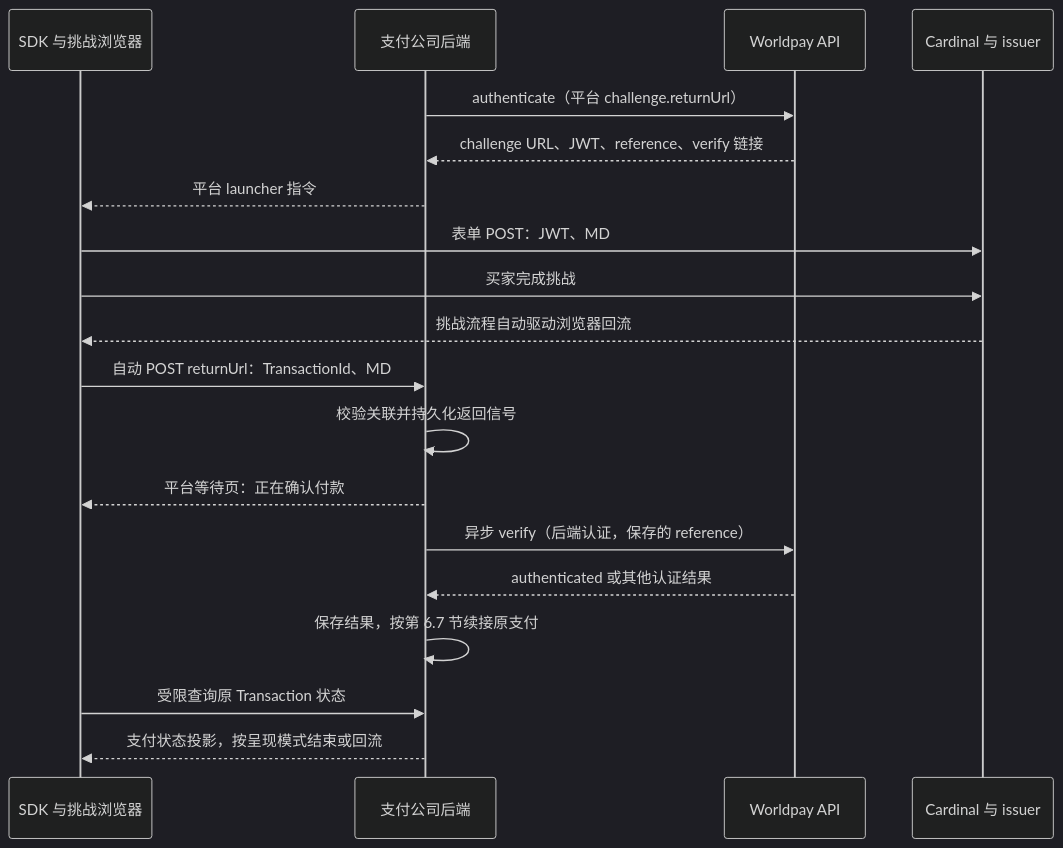
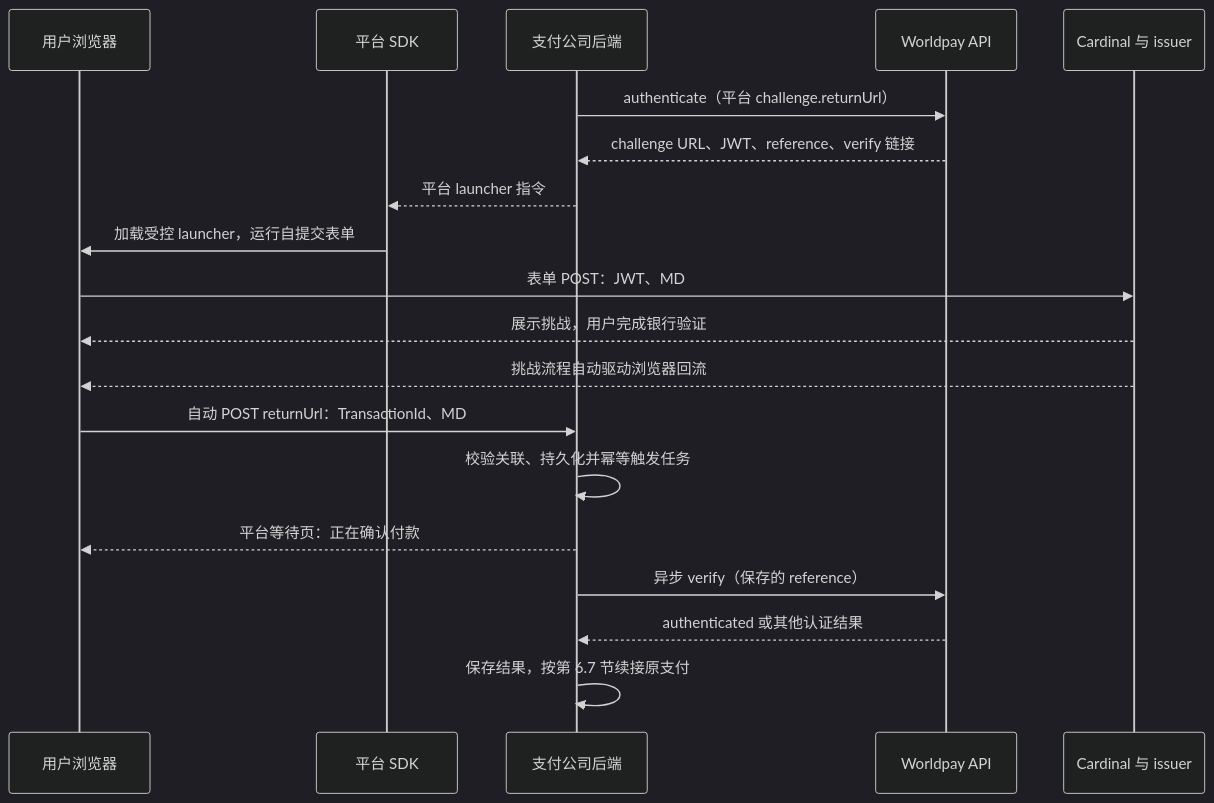
Before and after one commit to 1aboveio/wallet-architecture: the fourth of 6 diagrams in docs/payment-element-auth-integration-design.md, drawn with Mermaid (dark theme). The commit also changed other lines of this file, not shown here.

Commit message:
docs: separate browser and merchant roles in 3DS return sequence (#6)

````diff
--- a/docs/payment-element-auth-integration-design.md
+++ b/docs/payment-element-auth-integration-design.md
@@ -365,21 +369,21 @@
 ```mermaid
 sequenceDiagram
-    participant S as SDK 与挑战浏览器
+    participant B as 用户浏览器
+    participant S as 平台 SDK
     participant P as 支付公司后端
     participant W as Worldpay API
     participant C as Cardinal 与 issuer
     P->>W: authenticate（平台 challenge.returnUrl）
     W-->>P: challenge URL、JWT、reference、verify 链接
     P-->>S: 平台 launcher 指令
-    S->>C: 表单 POST：JWT、MD
-    S->>C: 买家完成挑战
-    C-->>S: 挑战流程自动驱动浏览器回流
-    S->>P: 自动 POST returnUrl：TransactionId、MD
-    P->>P: 校验关联并持久化返回信号
-    P-->>S: 平台等待页：正在确认付款
-    P->>W: 异步 verify（后端认证，保存的 reference）
+    S->>B: 加载受控 launcher，运行自提交表单
+    B->>C: 表单 POST：JWT、MD
+    C-->>B: 展示挑战，用户完成银行验证
+    C-->>B: 挑战流程自动驱动浏览器回流
+    B->>P: 自动 POST returnUrl：TransactionId、MD
+    P->>P: 校验关联、持久化并幂等触发任务
+    P-->>B: 平台等待页：正在确认付款
+    P->>W: 异步 verify（保存的 reference）
     W-->>P: authenticated 或其他认证结果
     P->>P: 保存结果，按第 6.7 节续接原支付
-    S->>P: 受限查询原 Transaction 状态
-    P-->>S: 支付状态投影，按呈现模式结束或回流
 ```
````
